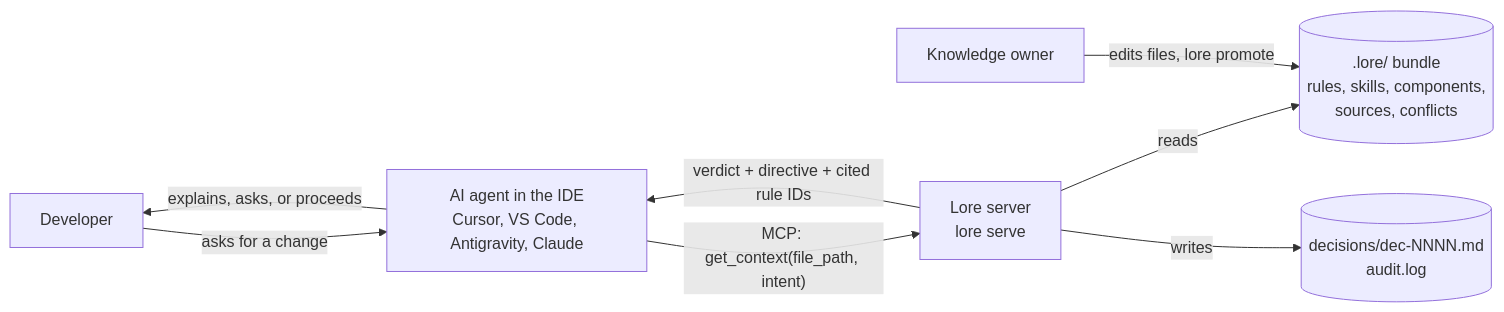
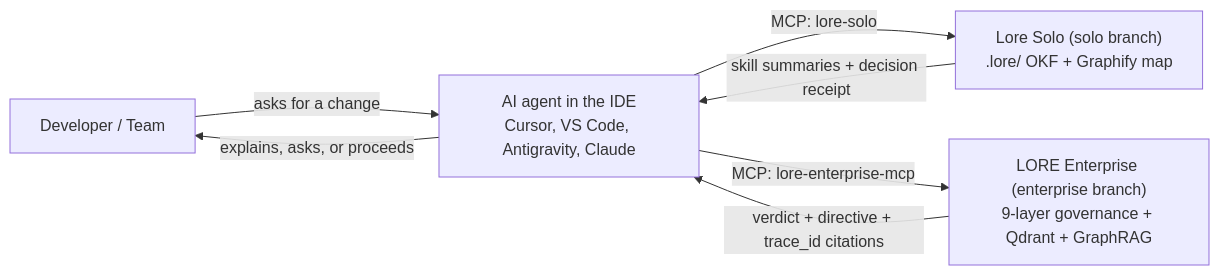
The first of 12 diagrams in docs/LORE_OVERVIEW.md (starrynight-web/LORE), drawn with Mermaid before and after one commit. The commit also changed other lines of this file and 6 other files, not shown here.

Commit message:
Update main docs for solo/enterprise branches and add HTML landing page

````diff
--- a/docs/LORE_OVERVIEW.md
+++ b/docs/LORE_OVERVIEW.md
@@ -27,10 +27,9 @@
 ```mermaid
 flowchart LR
-  dev["Developer"] -->|asks for a change| agent["AI agent in the IDE<br/>Cursor, VS Code, Antigravity, Claude"]
-  agent -->|"MCP: get_context(file_path, intent)"| lore["Lore server<br/>lore serve"]
-  lore -->|reads| bundle[(".lore/ bundle<br/>rules, skills, components,<br/>sources, conflicts")]
-  lore -->|"verdict + directive + cited rule IDs"| agent
-  lore -->|writes| rec[("decisions/dec-NNNN.md<br/>audit.log")]
-  owner["Knowledge owner"] -->|"edits files, lore promote"| bundle
+  dev["Developer / Team"] -->|asks for a change| agent["AI agent in the IDE<br/>Cursor, VS Code, Antigravity, Claude"]
+  agent -->|"MCP: lore-solo"| solo["Lore Solo (solo branch)<br/>.lore/ OKF + Graphify map"]
+  agent -->|"MCP: lore-enterprise-mcp"| ent["LORE Enterprise (enterprise branch)<br/>9-layer governance + Qdrant + GraphRAG"]
+  solo -->|"skill summaries + decision receipt"| agent
+  ent -->|"verdict + directive + trace_id citations"| agent
   agent -->|"explains, asks, or proceeds"| dev
 ```
````
